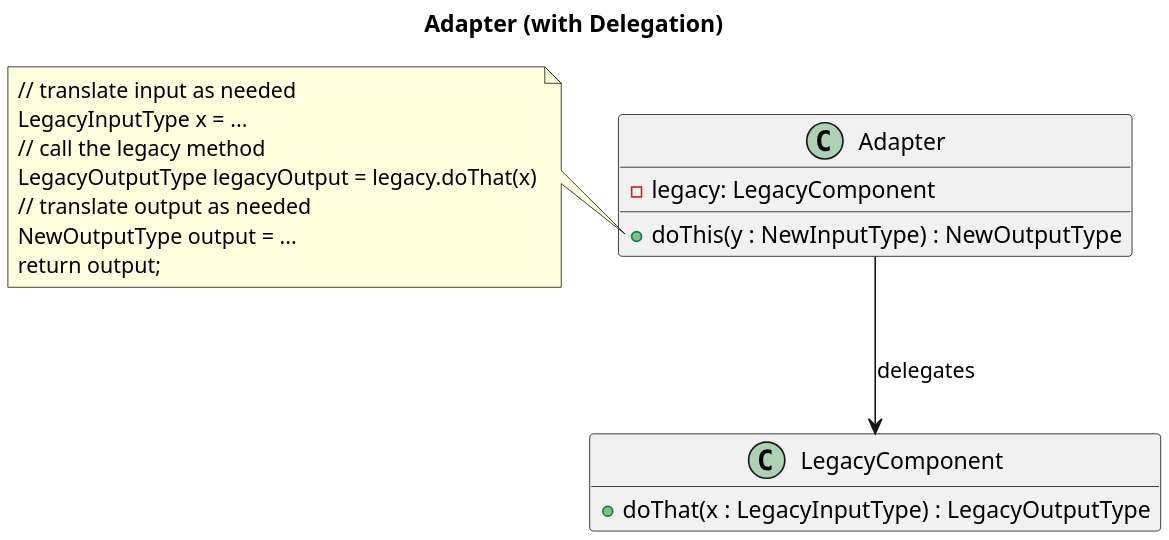
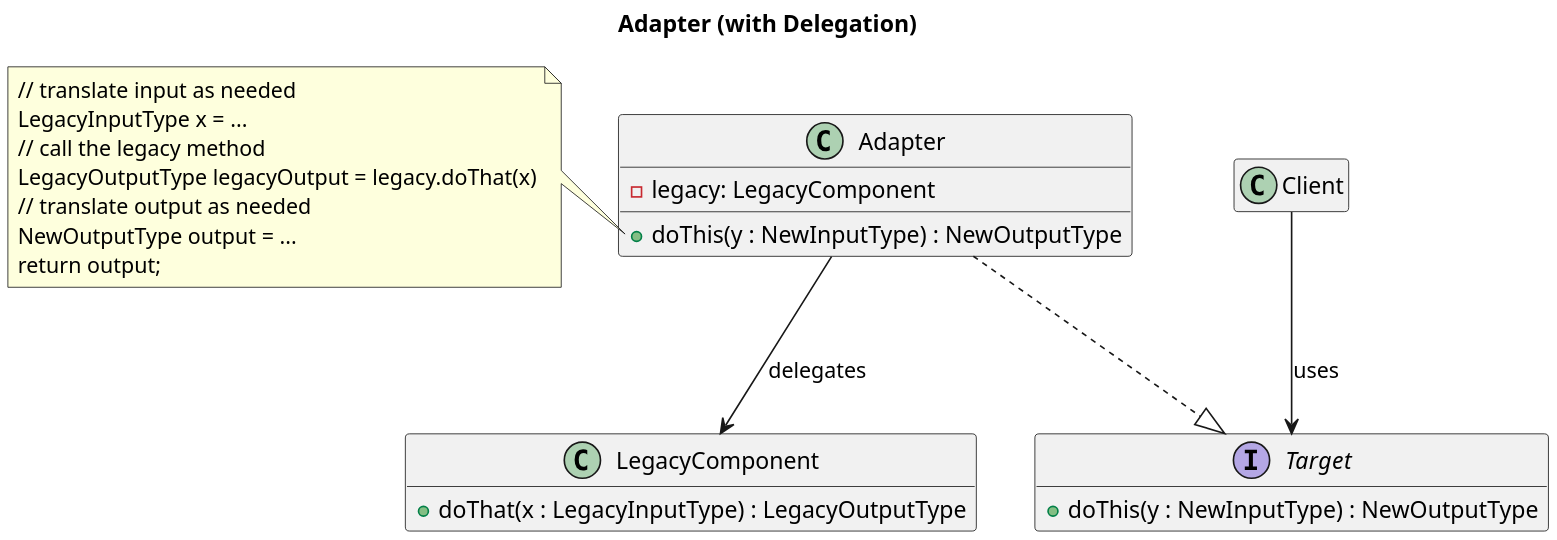
One commit to CSC207-UofT/207-course-notes changed the diagram in plantuml/adapter-delegation.puml. Above: the diagram before and after it, drawn with PlantUML. The commit also changed 7 other files, not shown here.

Commit message:
clean up pass on the design pattern and refactoring chapters; removing dead links; polishing text and diagrams

```diff
--- a/plantuml/adapter-delegation.puml
+++ b/plantuml/adapter-delegation.puml
@@ -1,27 +1,33 @@
 @startuml
 skinparam dpi 200
 hide empty members
 title Adapter (with Delegation)
 
-hide empty members
+class Client
+
+interface Target {
+  +doThis(y : NewInputType) : NewOutputType
+}
 
 class Adapter {
+  -legacy: LegacyComponent
   +doThis(y : NewInputType) : NewOutputType
-  -legacy: LegacyComponent
 }
 class LegacyComponent {
   +doThat(x : LegacyInputType) : LegacyOutputType
 }
 
+Client --> Target : uses
+Adapter ..|> Target
 Adapter --> LegacyComponent : delegates
 
 note left of Adapter::doThis
 // translate input as needed
 LegacyInputType x = ...
 // call the legacy method
 LegacyOutputType legacyOutput = legacy.doThat(x)
 // translate output as needed
 NewOutputType output = ...
 return output;
 end note
 @enduml
```
